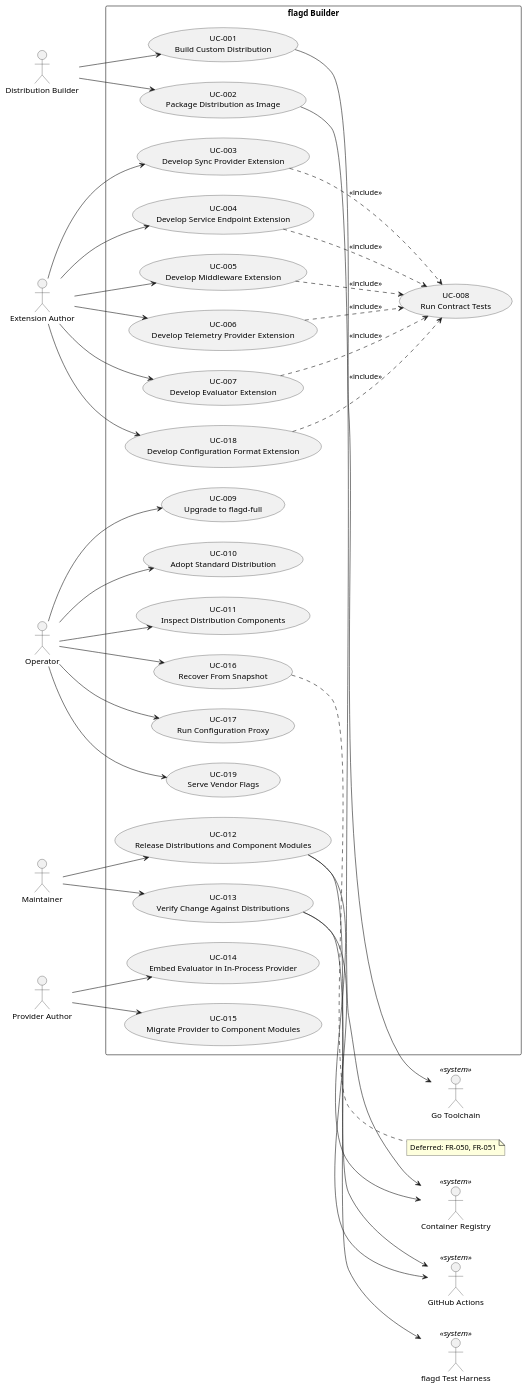
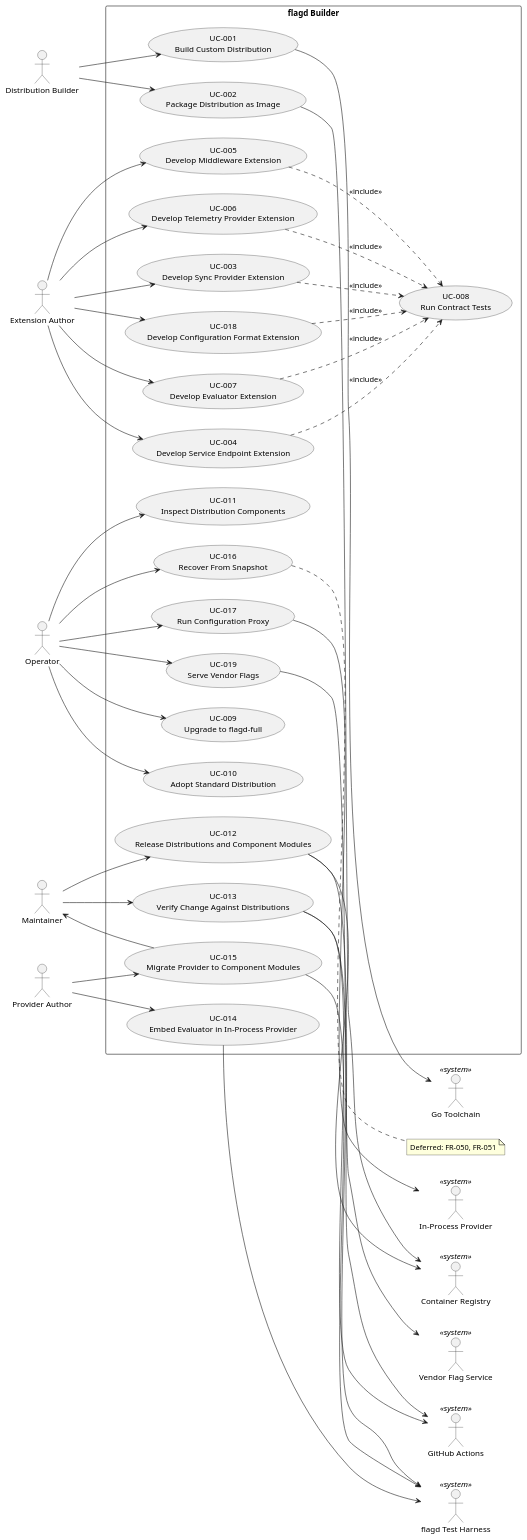
Before and after one commit to open-feature-forking/openfeature-relay: the diagram in docs/use_cases.puml, drawn with PlantUML. The commit also changed 21 other files, not shown here.

```diff
--- a/docs/use_cases.puml
+++ b/docs/use_cases.puml
@@ -1,84 +1,91 @@
 @startuml Use Cases Overview
 left to right direction
 
 actor "Distribution Builder" as builder
 actor "Extension Author" as author
 actor "Operator" as operator
 actor "Maintainer" as maintainer
 actor "Provider Author" as provider
 
 actor "Go Toolchain" as go <<system>>
 actor "Container Registry" as registry <<system>>
 actor "GitHub Actions" as ci <<system>>
 actor "flagd Test Harness" as harness <<system>>
+actor "In-Process Provider" as inproc <<system>>
+actor "Vendor Flag Service" as vendor <<system>>
 
 rectangle "flagd Builder" {
     usecase "UC-001\nBuild Custom Distribution" as UC001
     usecase "UC-002\nPackage Distribution as Image" as UC002
 
     usecase "UC-003\nDevelop Sync Provider Extension" as UC003
     usecase "UC-004\nDevelop Service Endpoint Extension" as UC004
     usecase "UC-005\nDevelop Middleware Extension" as UC005
     usecase "UC-006\nDevelop Telemetry Provider Extension" as UC006
     usecase "UC-007\nDevelop Evaluator Extension" as UC007
     usecase "UC-008\nRun Contract Tests" as UC008
 
     usecase "UC-009\nUpgrade to flagd-full" as UC009
     usecase "UC-010\nAdopt Standard Distribution" as UC010
     usecase "UC-011\nInspect Distribution Components" as UC011
 
     usecase "UC-012\nRelease Distributions and Component Modules" as UC012
     usecase "UC-013\nVerify Change Against Distributions" as UC013
 
     usecase "UC-014\nEmbed Evaluator in In-Process Provider" as UC014
     usecase "UC-015\nMigrate Provider to Component Modules" as UC015
 
     usecase "UC-016\nRecover From Snapshot" as UC016
 
     usecase "UC-017\nRun Configuration Proxy" as UC017
     usecase "UC-018\nDevelop Configuration Format Extension" as UC018
     usecase "UC-019\nServe Vendor Flags" as UC019
 }
 
 builder --> UC001
 builder --> UC002
 
 author --> UC003
 author --> UC004
 author --> UC005
 author --> UC006
 author --> UC007
 author --> UC018
 
 UC003 ..> UC008 : <<include>>
 UC004 ..> UC008 : <<include>>
 UC005 ..> UC008 : <<include>>
 UC006 ..> UC008 : <<include>>
 UC007 ..> UC008 : <<include>>
 UC018 ..> UC008 : <<include>>
 
 operator --> UC009
 operator --> UC010
 operator --> UC011
 operator --> UC016
 operator --> UC017
 operator --> UC019
 
 maintainer --> UC012
 maintainer --> UC013
 
 provider --> UC014
 provider --> UC015
 
 UC001 --> go
 UC002 --> registry
 UC012 --> ci
 UC012 --> registry
 UC013 --> ci
 UC013 --> harness
+UC014 --> harness
+UC015 --> harness
+UC015 --> maintainer
+UC017 --> inproc
+UC019 --> vendor
 
 note right of UC016
   Deferred: FR-050, FR-051
 end note
 
 @enduml
```
